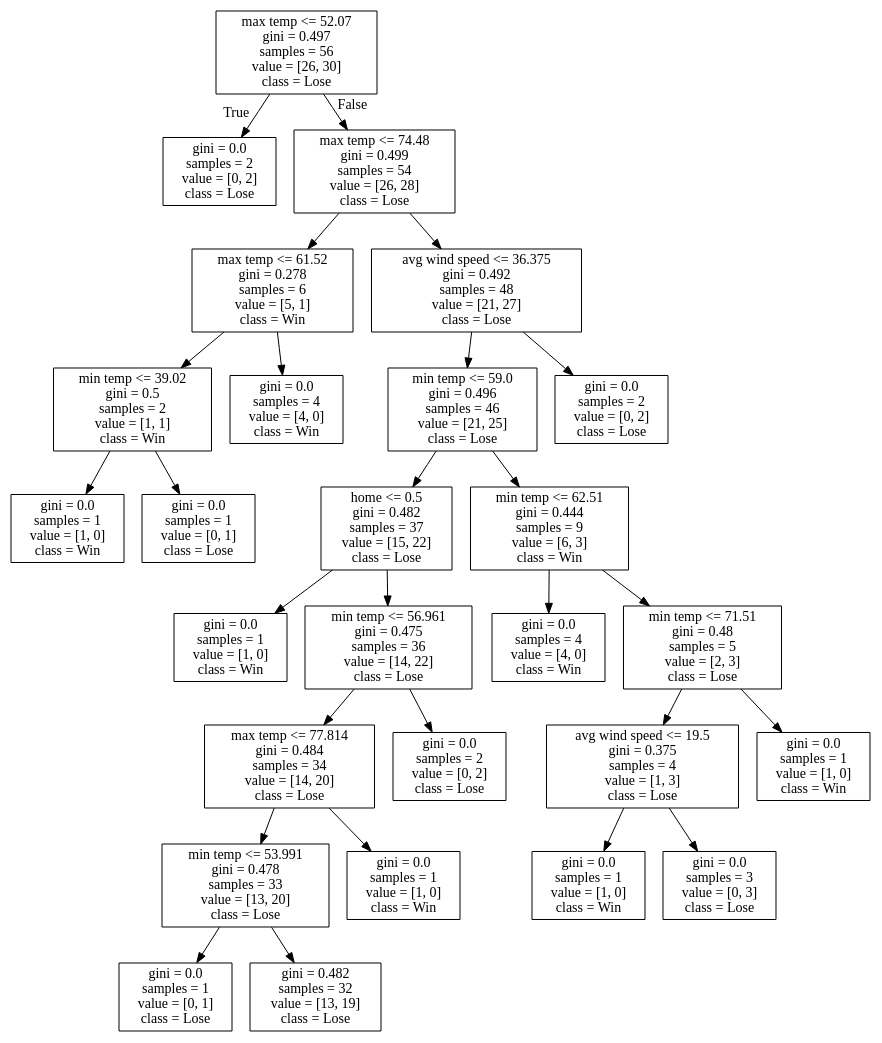
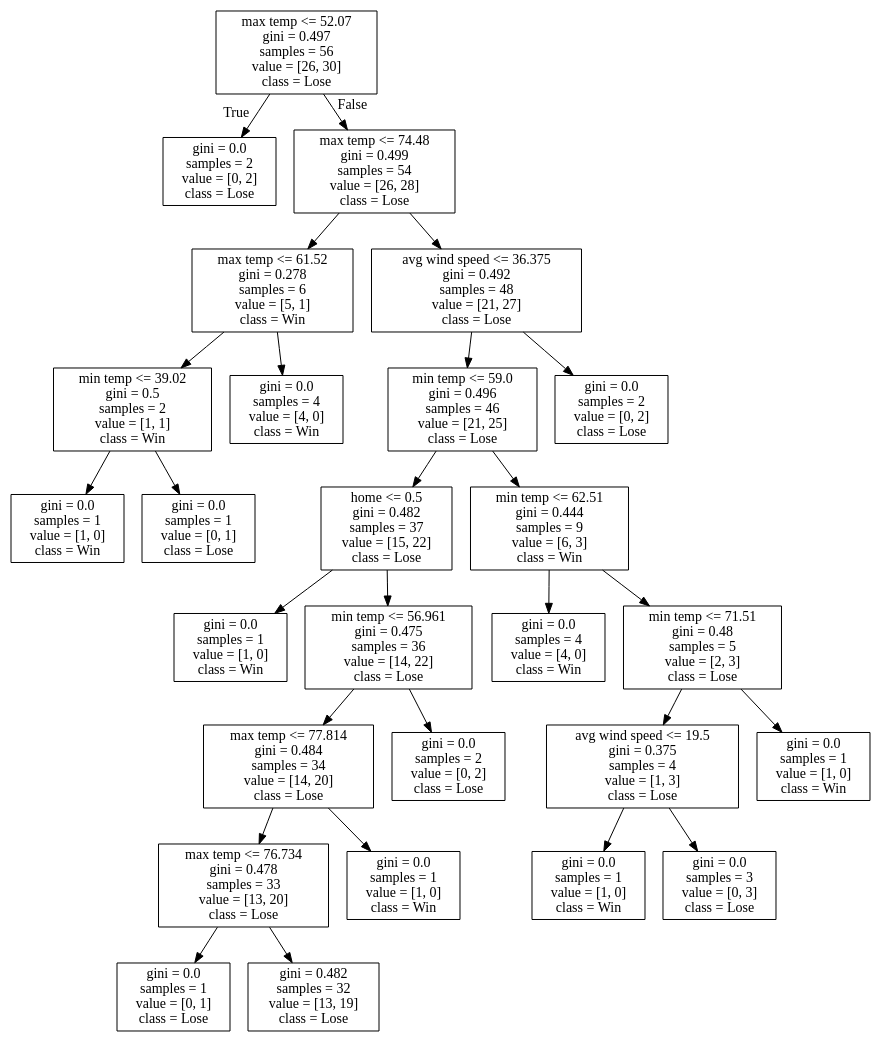
Before and after one commit to alexana-steck/CSE482Project: the diagram in DecisionTrees/decision_tree_no_score_or_attendance12.dot, drawn with Graphviz. The commit also changed 236 other files, not shown here.

```diff
--- a/DecisionTrees/decision_tree_no_score_or_attendance12.dot
+++ b/DecisionTrees/decision_tree_no_score_or_attendance12.dot
@@ -1,56 +1,56 @@
 digraph Tree {
 node [shape=box] ;
 0 [label="max temp <= 52.07\ngini = 0.497\nsamples = 56\nvalue = [26, 30]\nclass = Lose"] ;
 1 [label="gini = 0.0\nsamples = 2\nvalue = [0, 2]\nclass = Lose"] ;
 0 -> 1 [labeldistance=2.5, labelangle=45, headlabel="True"] ;
 2 [label="max temp <= 74.48\ngini = 0.499\nsamples = 54\nvalue = [26, 28]\nclass = Lose"] ;
 0 -> 2 [labeldistance=2.5, labelangle=-45, headlabel="False"] ;
 3 [label="max temp <= 61.52\ngini = 0.278\nsamples = 6\nvalue = [5, 1]\nclass = Win"] ;
 2 -> 3 ;
 4 [label="min temp <= 39.02\ngini = 0.5\nsamples = 2\nvalue = [1, 1]\nclass = Win"] ;
 3 -> 4 ;
 5 [label="gini = 0.0\nsamples = 1\nvalue = [1, 0]\nclass = Win"] ;
 4 -> 5 ;
 6 [label="gini = 0.0\nsamples = 1\nvalue = [0, 1]\nclass = Lose"] ;
 4 -> 6 ;
 7 [label="gini = 0.0\nsamples = 4\nvalue = [4, 0]\nclass = Win"] ;
 3 -> 7 ;
 8 [label="avg wind speed <= 36.375\ngini = 0.492\nsamples = 48\nvalue = [21, 27]\nclass = Lose"] ;
 2 -> 8 ;
 9 [label="min temp <= 59.0\ngini = 0.496\nsamples = 46\nvalue = [21, 25]\nclass = Lose"] ;
 8 -> 9 ;
 10 [label="home <= 0.5\ngini = 0.482\nsamples = 37\nvalue = [15, 22]\nclass = Lose"] ;
 9 -> 10 ;
 11 [label="gini = 0.0\nsamples = 1\nvalue = [1, 0]\nclass = Win"] ;
 10 -> 11 ;
 12 [label="min temp <= 56.961\ngini = 0.475\nsamples = 36\nvalue = [14, 22]\nclass = Lose"] ;
 10 -> 12 ;
 13 [label="max temp <= 77.814\ngini = 0.484\nsamples = 34\nvalue = [14, 20]\nclass = Lose"] ;
 12 -> 13 ;
-14 [label="min temp <= 53.991\ngini = 0.478\nsamples = 33\nvalue = [13, 20]\nclass = Lose"] ;
+14 [label="max temp <= 76.734\ngini = 0.478\nsamples = 33\nvalue = [13, 20]\nclass = Lose"] ;
 13 -> 14 ;
 15 [label="gini = 0.0\nsamples = 1\nvalue = [0, 1]\nclass = Lose"] ;
 14 -> 15 ;
 16 [label="gini = 0.482\nsamples = 32\nvalue = [13, 19]\nclass = Lose"] ;
 14 -> 16 ;
 17 [label="gini = 0.0\nsamples = 1\nvalue = [1, 0]\nclass = Win"] ;
 13 -> 17 ;
 18 [label="gini = 0.0\nsamples = 2\nvalue = [0, 2]\nclass = Lose"] ;
 12 -> 18 ;
 19 [label="min temp <= 62.51\ngini = 0.444\nsamples = 9\nvalue = [6, 3]\nclass = Win"] ;
 9 -> 19 ;
 20 [label="gini = 0.0\nsamples = 4\nvalue = [4, 0]\nclass = Win"] ;
 19 -> 20 ;
 21 [label="min temp <= 71.51\ngini = 0.48\nsamples = 5\nvalue = [2, 3]\nclass = Lose"] ;
 19 -> 21 ;
 22 [label="avg wind speed <= 19.5\ngini = 0.375\nsamples = 4\nvalue = [1, 3]\nclass = Lose"] ;
 21 -> 22 ;
 23 [label="gini = 0.0\nsamples = 1\nvalue = [1, 0]\nclass = Win"] ;
 22 -> 23 ;
 24 [label="gini = 0.0\nsamples = 3\nvalue = [0, 3]\nclass = Lose"] ;
 22 -> 24 ;
 25 [label="gini = 0.0\nsamples = 1\nvalue = [1, 0]\nclass = Win"] ;
 21 -> 25 ;
 26 [label="gini = 0.0\nsamples = 2\nvalue = [0, 2]\nclass = Lose"] ;
 8 -> 26 ;
 }
```
